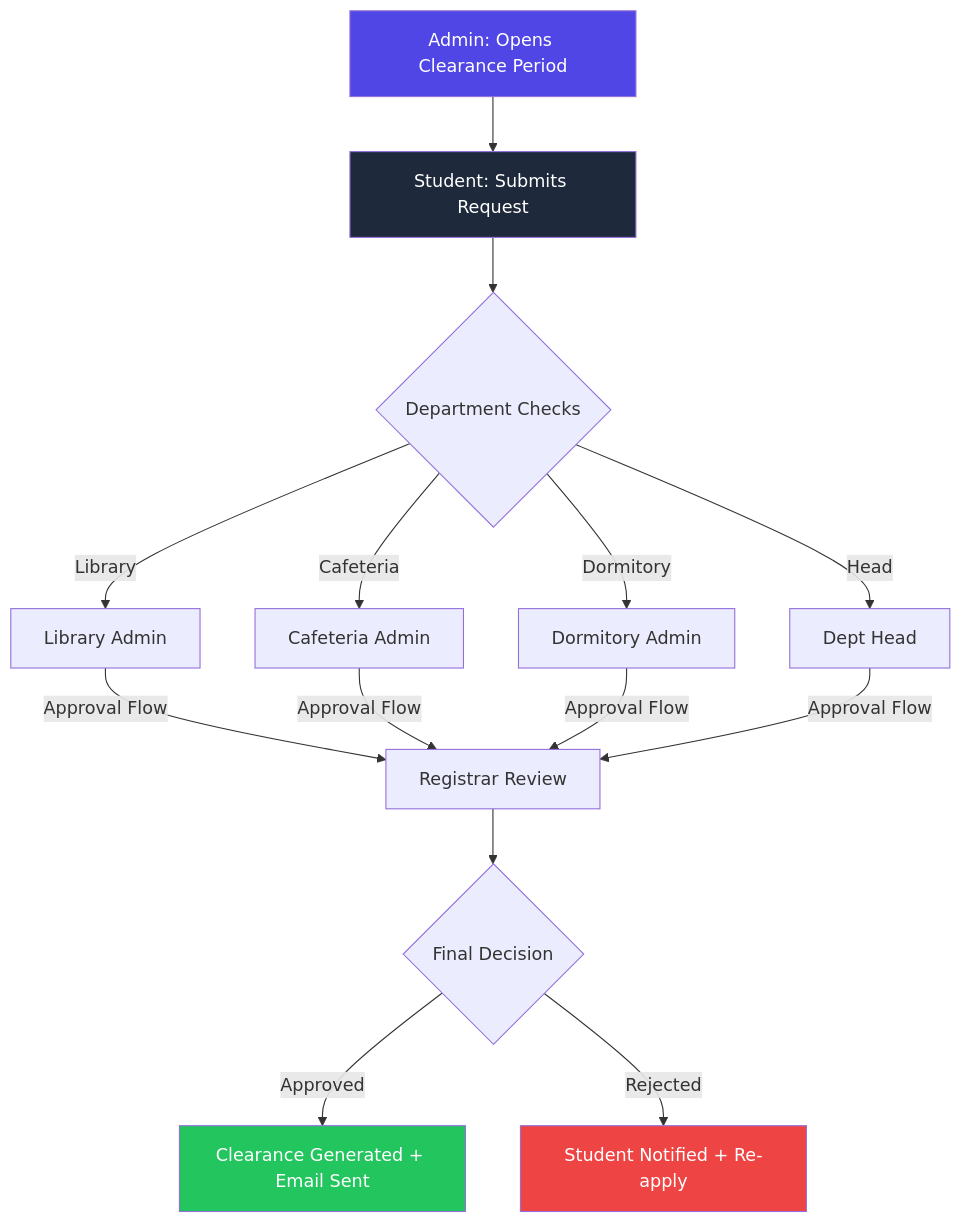
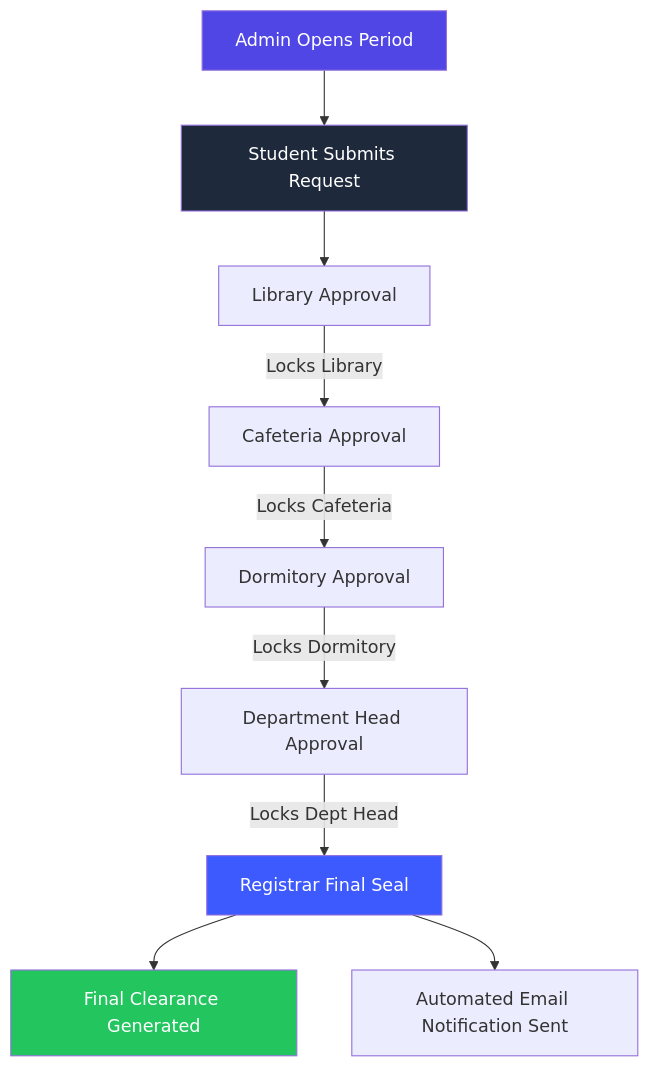
Before and after one commit to awokedersie/Student-Clearance: the diagram in README.md, drawn with Mermaid. The commit also changed other lines of this file and 1526 other files, not shown here.

````diff
--- a/README.md
+++ b/README.md
@@ -47,19 +67,17 @@
 ```mermaid
 graph TD
-    A[Admin: Opens Clearance Period] --> B[Student: Submits Request]
-    B --> C{Department Checks}
-    C --> |Library| D1[Library Admin]
-    C --> |Cafeteria| D2[Cafeteria Admin]
-    C --> |Dormitory| D3[Dormitory Admin]
-    C --> |Head| D4[Dept Head]
+    Start[Admin Opens Period] --> Request[Student Submits Request]
+    Request --> Lib[Library Approval]
+    Lib -- Locks Library --> Caf[Cafeteria Approval]
+    Caf -- Locks Cafeteria --> Dor[Dormitory Approval]
+    Dor -- Locks Dormitory --> Dept[Department Head Approval]
+    Dept -- Locks Dept Head --> Reg[Registrar Final Seal]
     
-    D1 & D2 & D3 & D4 --> |Approval Flow| E[Registrar Review]
-    E --> F{Final Decision}
-    F --> |Approved| G[Clearance Generated + Email Sent]
-    F --> |Rejected| H[Student Notified + Re-apply]
+    Reg --> Success[Final Clearance Generated]
+    Reg --> Notify[Automated Email Notification Sent]
     
-    style A fill:#4f46e5,color:#fff
-    style B fill:#1e293b,color:#fff
-    style G fill:#22c55e,color:#fff
-    style H fill:#ef4444,color:#fff
+    style Start fill:#4f46e5,color:#fff
+    style Request fill:#1e293b,color:#fff
+    style Success fill:#22c55e,color:#fff
+    style Reg fill:#3d5afe,color:#fff
 ```
````
